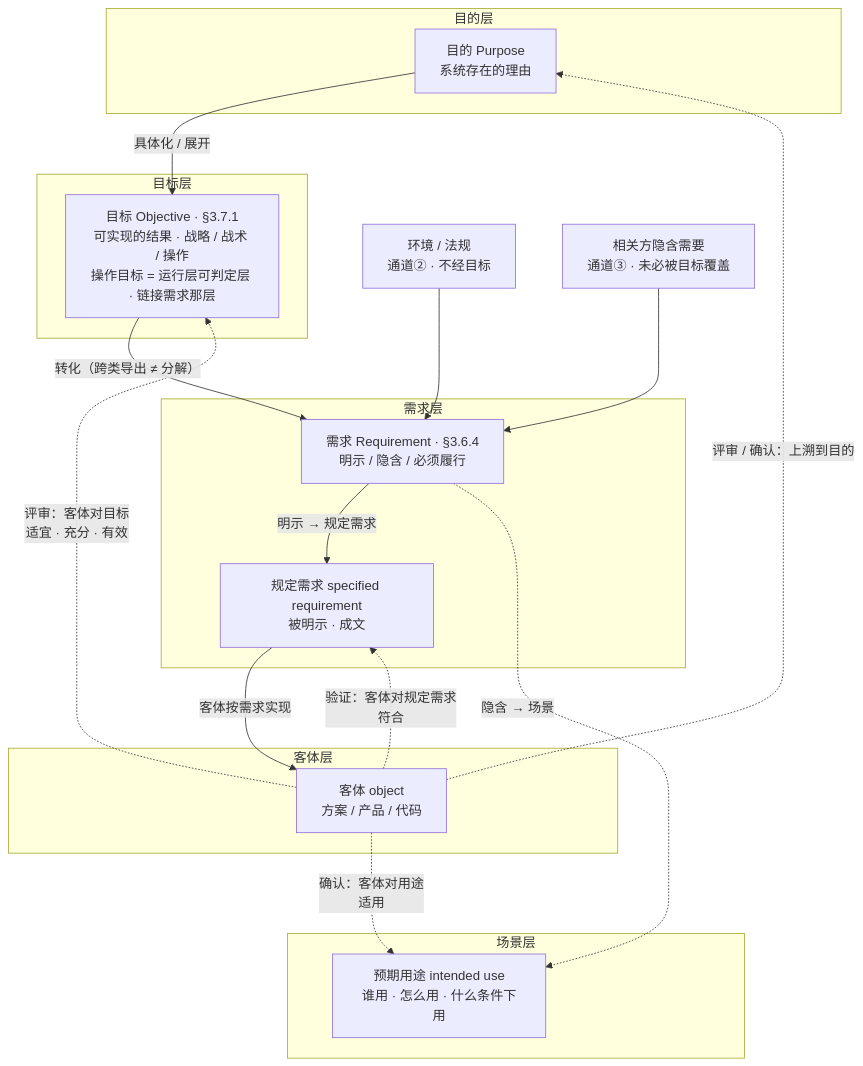
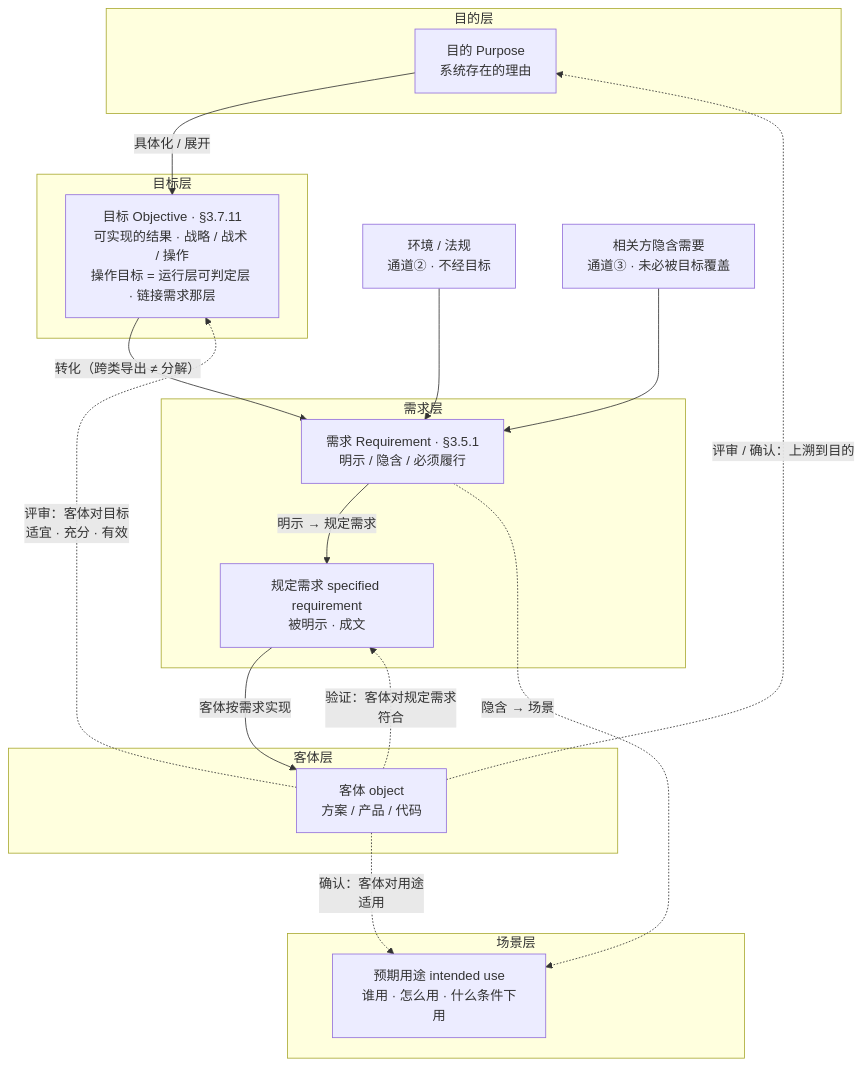
Before and after one commit to Yongjunzhou/AOS-system-design: the diagram in 100-subprojects/01-系统工程研究/03-架构师是个怎样的物种/成书/build/.mmd/ch08-fig01.mmd, drawn with Mermaid. The commit also changed 106 other files, not shown here.

First line of the commit message:
[教材] 新增第15章「架构定义落地：从目的到架构视图」＋全章顺延（15 整合→16、16 架构师→17）＋成书重建

```diff
--- a/100-subprojects/01-系统工程研究/03-架构师是个怎样的物种/成书/build/.mmd/ch08-fig01.mmd
+++ b/100-subprojects/01-系统工程研究/03-架构师是个怎样的物种/成书/build/.mmd/ch08-fig01.mmd
@@ -1,30 +1,30 @@
 flowchart TB
     subgraph 目的层["目的层"]
         P["目的 Purpose<br/>系统存在的理由"]
     end
     E["环境 / 法规<br/>通道② · 不经目标"]
     S["相关方隐含需要<br/>通道③ · 未必被目标覆盖"]
     subgraph 目标层["目标层"]
-        T["目标 Objective · §3.7.1<br/>可实现的结果 · 战略 / 战术 / 操作<br/>操作目标 = 运行层可判定层 · 链接需求那层"]
+        T["目标 Objective · §3.7.11<br/>可实现的结果 · 战略 / 战术 / 操作<br/>操作目标 = 运行层可判定层 · 链接需求那层"]
     end
     subgraph 需求层["需求层"]
-        R["需求 Requirement · §3.6.4<br/>明示 / 隐含 / 必须履行"]
+        R["需求 Requirement · §3.5.1<br/>明示 / 隐含 / 必须履行"]
         SR["规定需求 specified requirement<br/>被明示 · 成文"]
     end
     subgraph 客体层["客体层"]
         O["客体 object<br/>方案 / 产品 / 代码"]
     end
     subgraph 场景层["场景层"]
         U["预期用途 intended use<br/>谁用 · 怎么用 · 什么条件下用"]
     end
     P -->|"具体化 / 展开"| T
     T -->|"转化（跨类导出 ≠ 分解）"| R
     E --> R
     S --> R
     R -->|"明示 → 规定需求"| SR
     R -.->|"隐含 → 场景"| U
     SR -->|"客体按需求实现"| O
     O -.->|"评审：客体对目标<br/>适宜 · 充分 · 有效"| T
     O -.->|"验证：客体对规定需求<br/>符合"| SR
     O -.->|"确认：客体对用途<br/>适用"| U
     O -.->|"评审 / 确认：上溯到目的"| P
```
